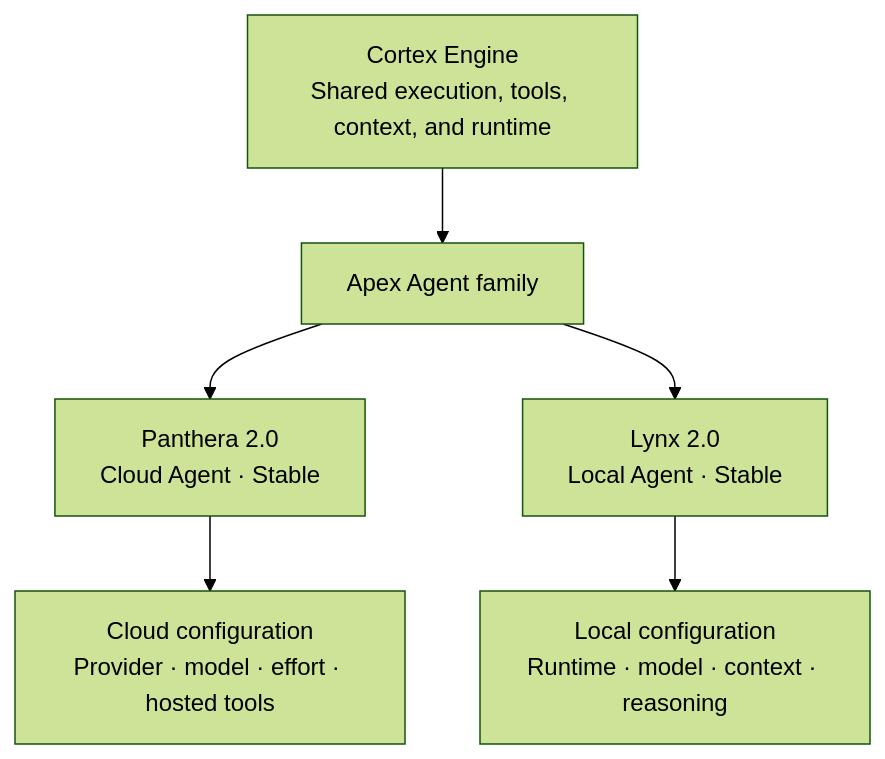
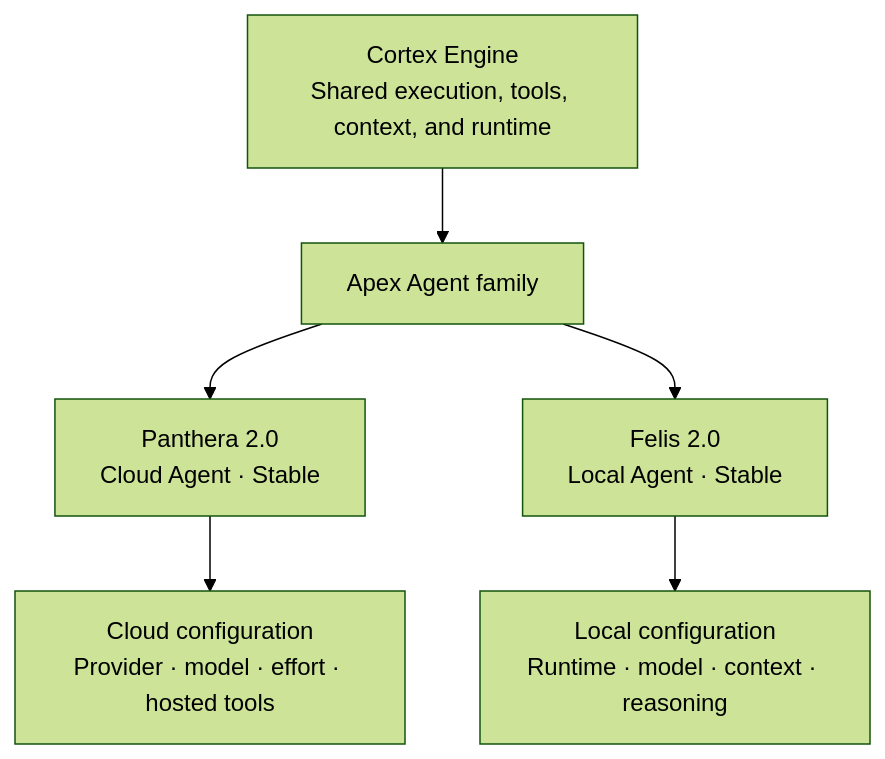
One commit to edumarcano/APEX changed the diagram in docs/identity-and-naming.md. Above: the diagram before and after it, drawn with Mermaid (forest theme). The commit also changed other lines of this file and 81 other files, not shown here.

````diff
--- a/docs/identity-and-naming.md
+++ b/docs/identity-and-naming.md
@@ -103,12 +105,12 @@
 ```mermaid
 flowchart TB
     ENGINE["Cortex Engine<br/>Shared execution, tools, context, and runtime"]
     FAMILY["Apex Agent family"]
 
     ENGINE --> FAMILY
     FAMILY --> PANTHERA["Panthera 2.0<br/>Cloud Agent · Stable"]
-    FAMILY --> LYNX["Lynx 2.0<br/>Local Agent · Stable"]
+    FAMILY --> FELIS["Felis 2.0<br/>Local Agent · Stable"]
 
     PANTHERA --> CLOUDCFG["Cloud configuration<br/>Provider · model · effort · hosted tools"]
-    LYNX --> LOCALCFG["Local configuration<br/>Runtime · model · context · reasoning"]
+    FELIS --> LOCALCFG["Local configuration<br/>Runtime · model · context · reasoning"]
 ```
````
